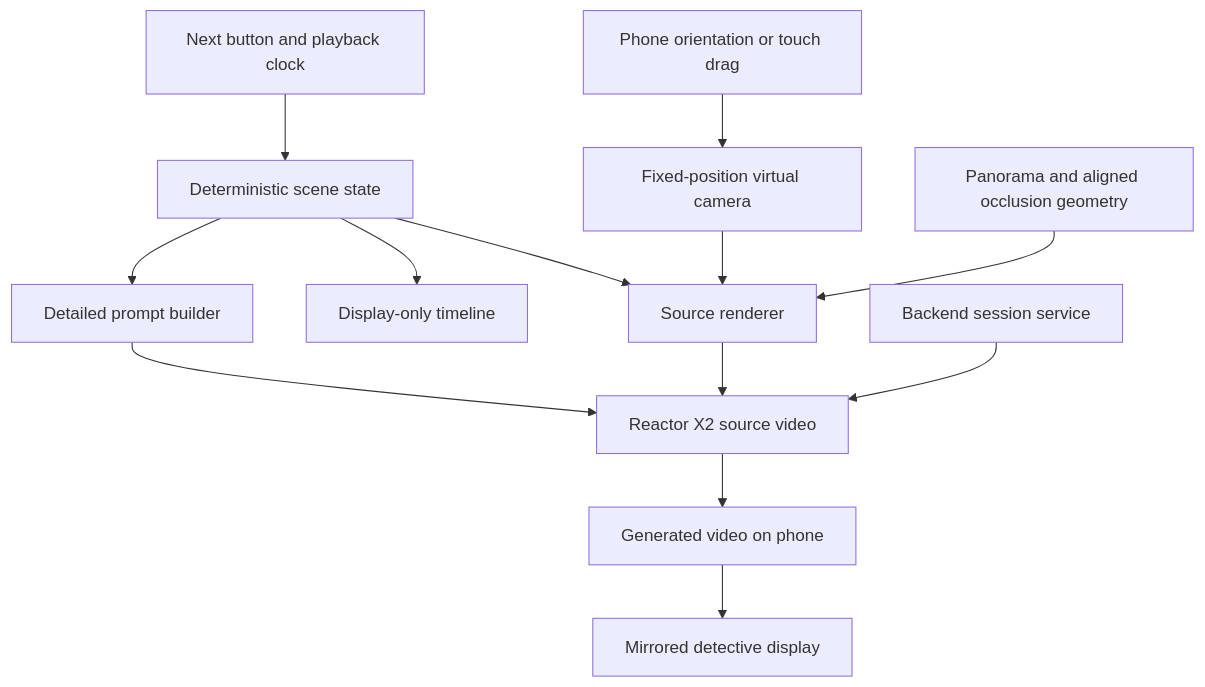
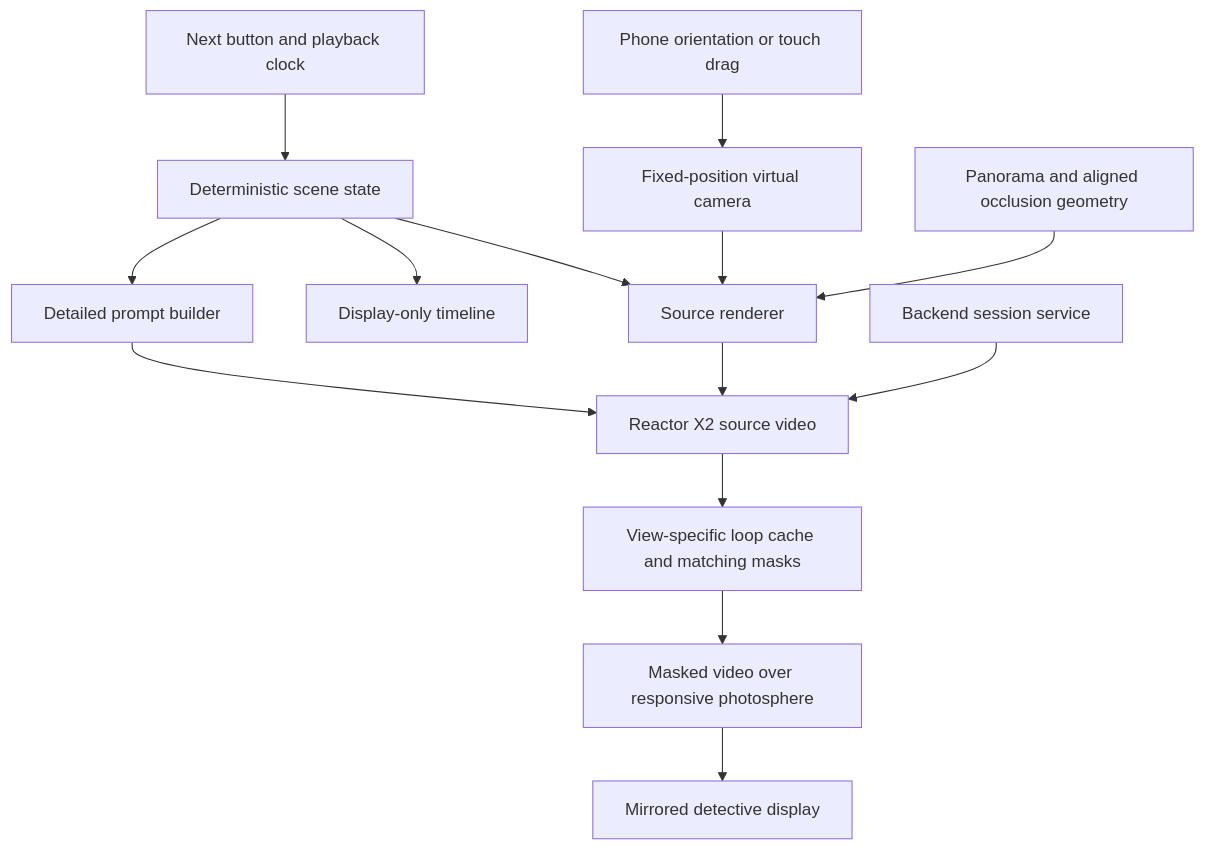
Before and after one commit to Drastixs/WORLDS-HACKATHON: the diagram in archicture.md, drawn with Mermaid. The commit also changed other lines of this file, not shown here.

Commit message:
Define X2-only cached loops and view update behaviour

````diff
--- a/archicture.md
+++ b/archicture.md
@@ -40,15 +41,16 @@
 ```mermaid
 flowchart TD
     A[Next button and playback clock] --> B[Deterministic scene state]
     C[Phone orientation or touch drag] --> D[Fixed-position virtual camera]
     E[Panorama and aligned occlusion geometry] --> F[Source renderer]
     B --> F
     B --> L[Display-only timeline]
     D --> F
     B --> G[Detailed prompt builder]
     F --> H[Reactor X2 source video]
     G --> H
-    H --> I[Generated video on phone]
+    H --> M[View-specific loop cache and matching masks]
+    M --> I[Masked video over responsive photosphere]
     I --> J[Mirrored detective display]
     K[Backend session service] --> H
 ```
````
